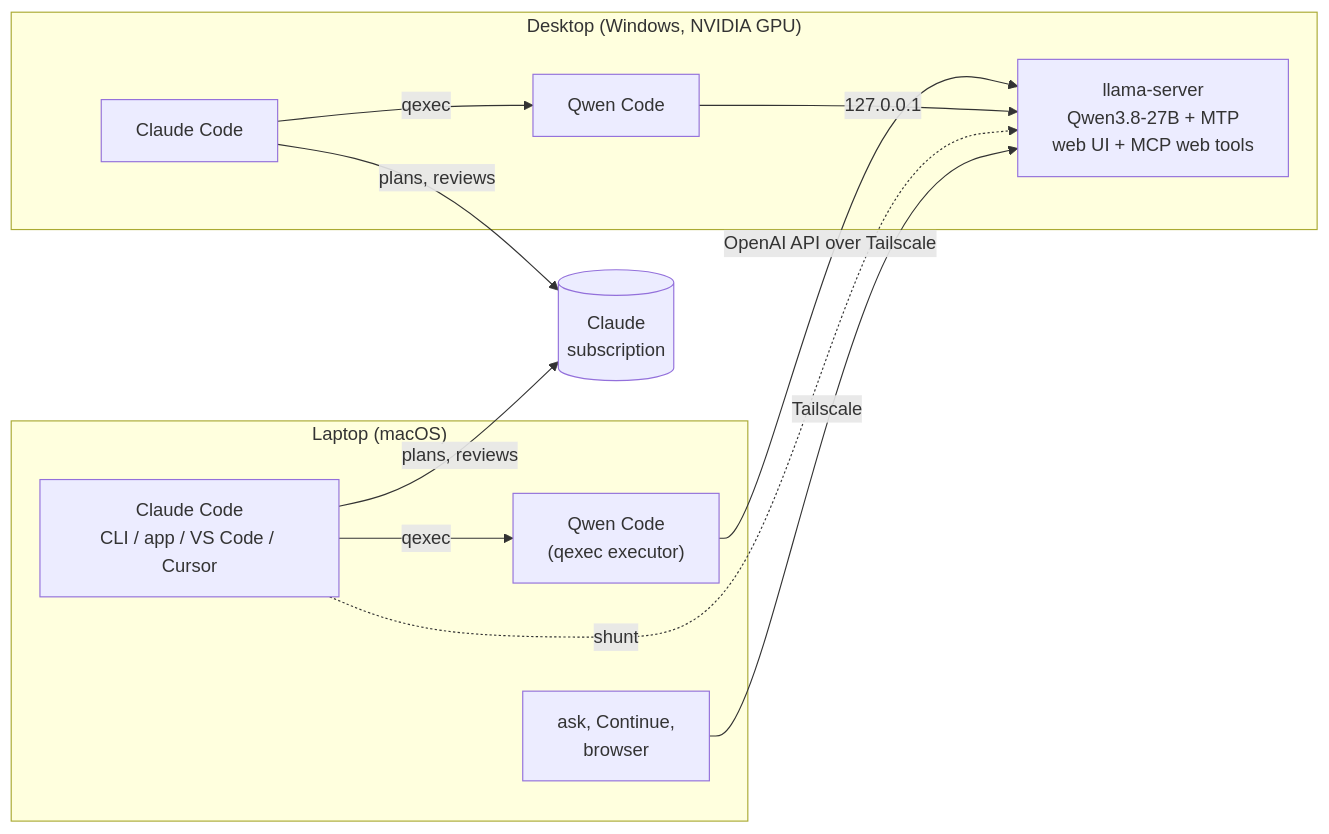
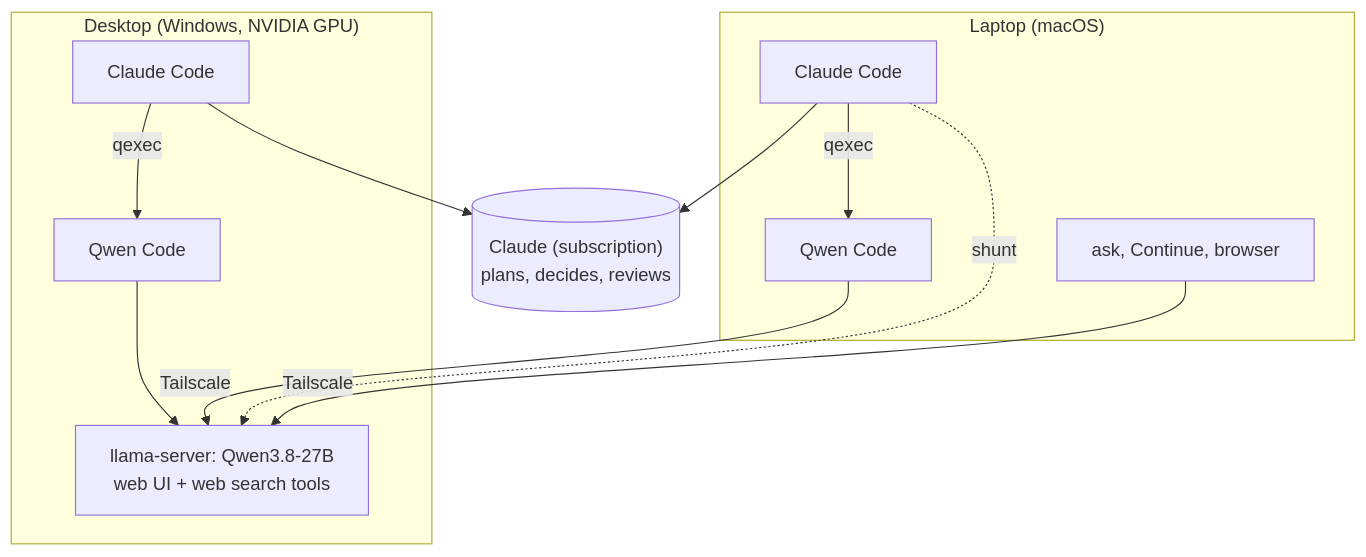
Before and after one commit to SergeiPleshkov/llm-harness: the diagram in README.md, drawn with Mermaid. The commit also changed other lines of this file, not shown here.

````diff
--- a/README.md
+++ b/README.md
@@ -27,22 +28,18 @@
 ```mermaid
-flowchart LR
+flowchart TB
+  Claude[("Claude (subscription)<br/>plans, decides, reviews")]
   subgraph Laptop["Laptop (macOS)"]
-    CCL["Claude Code<br/>CLI / app / VS Code / Cursor"]
-    QCL["Qwen Code<br/>(qexec executor)"]
-    ASKL["ask, Continue,<br/>browser"]
+    CCL["Claude Code"] -- qexec --> QCL["Qwen Code"]
+    ASK["ask, Continue, browser"]
   end
   subgraph Desktop["Desktop (Windows, NVIDIA GPU)"]
-    CCD["Claude Code"]
-    QCD["Qwen Code"]
-    LS["llama-server<br/>Qwen3.8-27B + MTP<br/>web UI + MCP web tools"]
+    CCD["Claude Code"] -- qexec --> QCD["Qwen Code"]
+    LS["llama-server: Qwen3.8-27B<br/>web UI + web search tools"]
+    QCD --> LS
   end
-  Claude[("Claude<br/>subscription")]
-  CCL -- plans, reviews --> Claude
-  CCD -- plans, reviews --> Claude
-  CCL -- qexec --> QCL
-  CCD -- qexec --> QCD
-  QCL -- "OpenAI API over Tailscale" --> LS
-  QCD -- "127.0.0.1" --> LS
+  CCL --> Claude
+  CCD --> Claude
+  QCL -- Tailscale --> LS
   CCL -. shunt .-> LS
-  ASKL -- Tailscale --> LS
+  ASK -- Tailscale --> LS
 ```
````
